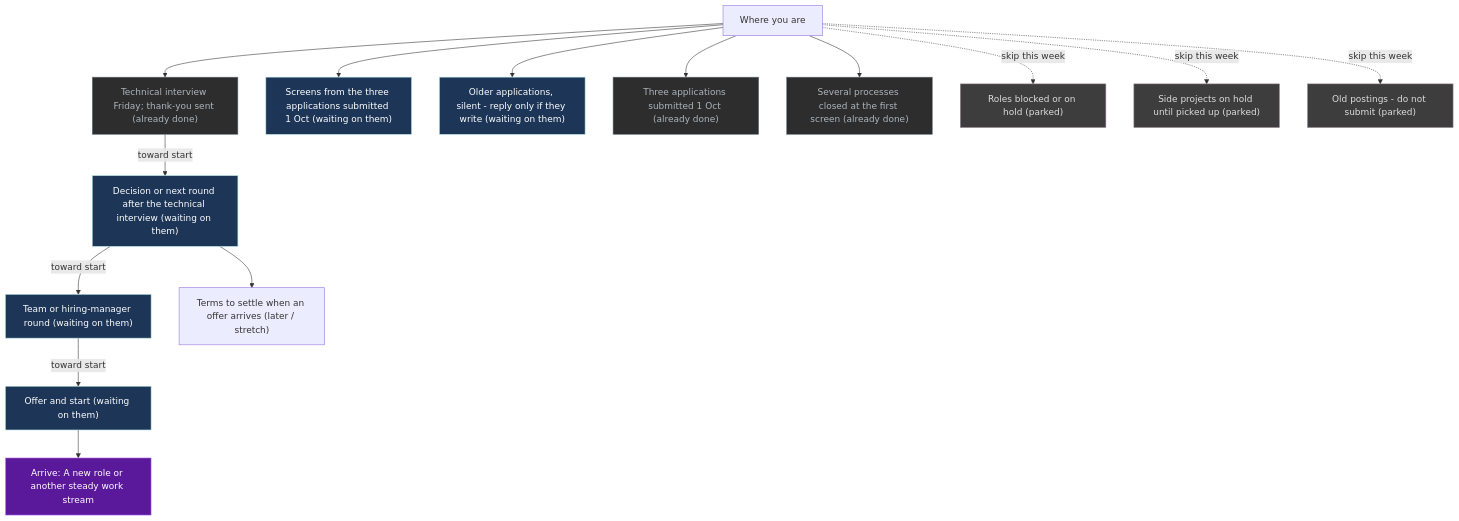
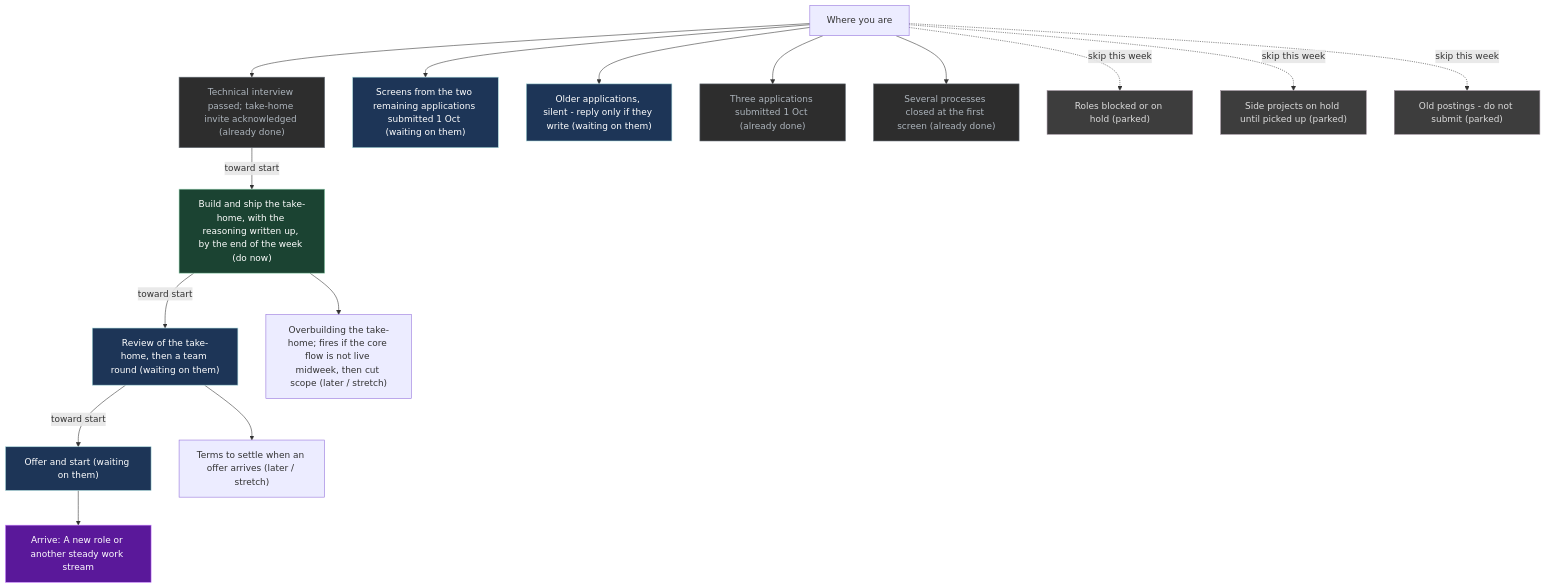
Before and after one commit to p10ns11y/life-os: the diagram in UI/Mission.md, drawn with Mermaid. The commit also changed other lines of this file, not shown here.

````diff
--- a/UI/Mission.md
+++ b/UI/Mission.md
@@ -66,39 +67,42 @@
 ```mermaid
 flowchart TB
   x["Where you are"]
   G["Arrive: A new role or another steady work stream"]
-  S0["Technical interview Friday; thank-you sent (already done)"]
-  S4["Decision or next round after the technical interview (waiting on them)"]
-  S4b["Team or hiring-manager round (waiting on them)"]
+  S0["Technical interview passed; take-home invite acknowledged (already done)"]
+  S4["Build and ship the take-home, with the reasoning written up, by the end of the week (do now)"]
+  S4b["Review of the take-home, then a team round (waiting on them)"]
   S5["Offer and start (waiting on them)"]
-  S6["Screens from the three applications submitted 1 Oct (waiting on them)"]
+  S6["Screens from the two remaining applications submitted 1 Oct (waiting on them)"]
   S1["Older applications, silent - reply only if they write (waiting on them)"]
   R1["Terms to settle when an offer arrives (later / stretch)"]
+  R2["Overbuilding the take-home; fires if the core flow is not live midweek, then cut scope (later / stretch)"]
   S3["Three applications submitted 1 Oct (already done)"]
   D1["Several processes closed at the first screen (already done)"]
   P1["Roles blocked or on hold (parked)"]
   P2["Side projects on hold until picked up (parked)"]
   P3["Old postings - do not submit (parked)"]
   x --> S0
   S0 -->|"toward start"| S4
   S4 -->|"toward start"| S4b
   S4b -->|"toward start"| S5
   x --> S6
   x --> S1
-  S4 --> R1
+  S4b --> R1
+  S4 --> R2
   x --> S3
   x --> D1
   x -.->|"skip this week"| P1
   x -.->|"skip this week"| P2
   x -.->|"skip this week"| P3
   S5 --> G
   classDef do fill:#1b4332,stroke:#95d5b2,color:#fff
   classDef wait fill:#1d3557,stroke:#a8dadc,color:#fff
   classDef park fill:#3d3d3d,stroke:#9a8c98,color:#ddd
   classDef done fill:#2d2d2d,stroke:#6c757d,color:#adb5bd
   classDef goal fill:#5a189a,stroke:#c77dff,color:#fff
   class G goal
-  class S4,S4b,S5,S6,S1 wait
+  class S4 do
+  class S4b,S5,S6,S1 wait
   class P1,P2,P3 park
   class S0,S3,D1 done
 ```
````
